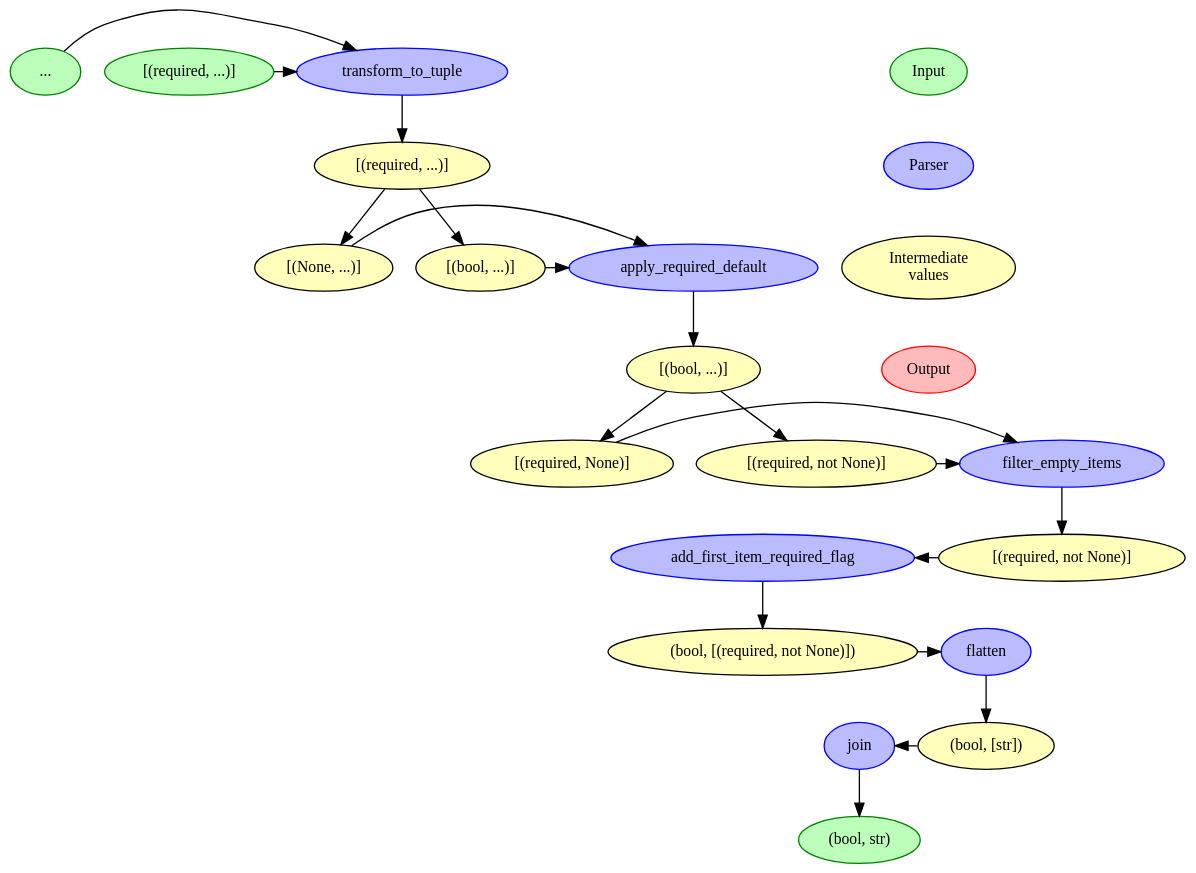
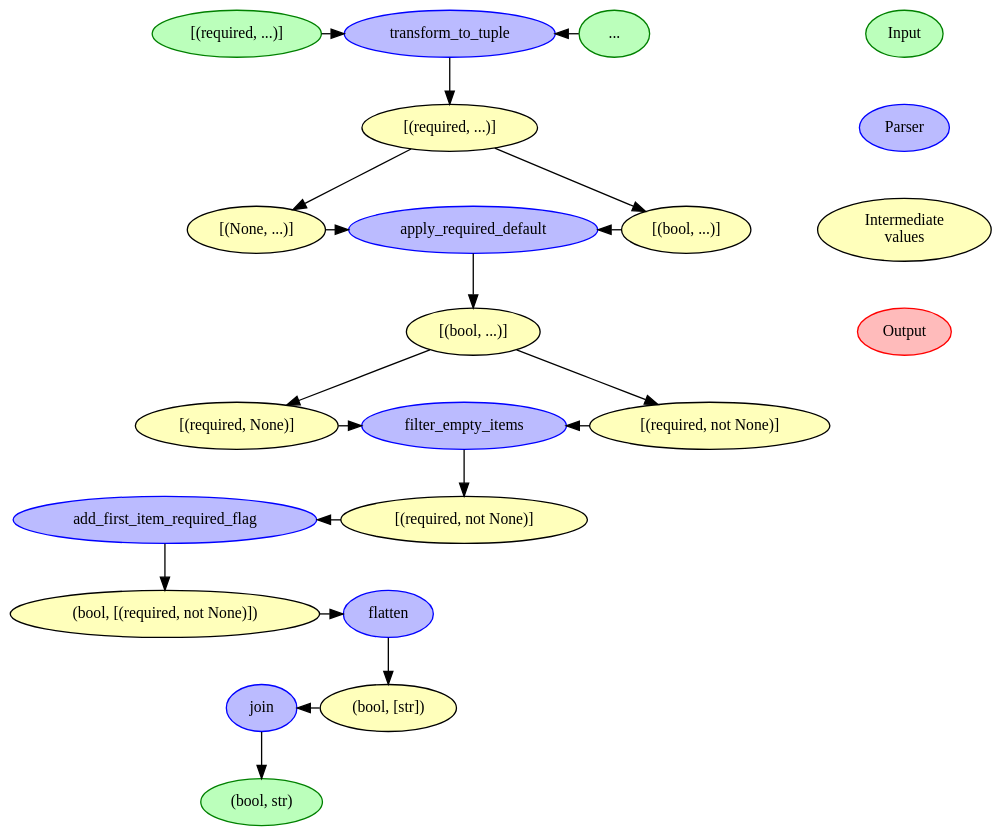
One commit to pstch/django-crucrudile changed the second of 2 diagrams in docs/urlutils.rst. Above: the diagram before and after it, drawn with Graphviz. The commit also changed other lines of this file, not shown here.

Commit message:
Fix RTD graphs

```diff
--- a/docs/urlutils.rst
+++ b/docs/urlutils.rst
@@ -167,7 +167,7 @@
        bgcolor="transparent"
        edge[fontsize=10, weight=1.2]
        node[fontsize=12, nodesep=0.75, ranksep=0.75]
-       subgraph t_t_t {
+       subgraph ttt {
            rank="same"
            rankdir="LR"
            "..."[style="filled", fillcolor="#BBFFBB", color="green"]
@@ -175,7 +175,7 @@
 
        }
 
-       subgraph a_r_d {
+       subgraph ard {
            rank="same"
            rankdir="LR"
            "[(None, ...)]"[style="filled", fillcolor="#FFFFBB"]
@@ -183,7 +183,7 @@
 
        }
 
-       subgraph f_e_i {
+       subgraph fei {
            rank="same"
            rankdir="LR"
            "[(required, None)]"[style="filled", fillcolor="#FFFFBB"]
@@ -191,7 +191,7 @@
            "[(required, not None)]"[style="filled", fillcolor="#FFFFBB"]
        }
 
-       subgraph a_firf {
+       subgraph afirf {
            rank="same"
            rankdir="LR"
            "add_first_item_required_flag"[style="filled", fillcolor="#BBBBFF", color="blue"]
@@ -213,35 +213,47 @@
        }
 
        "[(required, ...)]" -> "transform_to_tuple"
+
+       subgraph rev {
+          edge[dir="back"]
+          "transform_to_tuple" -> "..."
+       }
+
        "transform_to_tuple" -> "[(required, ...)] "
-       "..." -> "transform_to_tuple"
 
        "[(required, ...)] " -> "[(None, ...)]"
        "[(required, ...)] " -> "[(bool, ...)]"
 
        "[(None, ...)]" -> "apply_required_default"
+       subgraph rev {
+          edge[dir="back"]
+          "apply_required_default" -> "[(bool, ...)]"
+       }
        "apply_required_default" -> "[(bool, ...)] "
-       "[(bool, ...)]" -> "apply_required_default"
 
        "[(bool, ...)] " -> "[(required, None)]"
        "[(bool, ...)] " -> "[(required, not None)]"
 
        "[(required, None)]" -> "filter_empty_items"
+
+       subgraph rev {
+           edge[dir="back"]
+           "filter_empty_items" -> "[(required, not None)]"
+       }
+
        "filter_empty_items" -> "[(required, not None)] "
-       "[(required, not None)]" -> "filter_empty_items"
 
-       subgraph add_first_item_required_flag {
+
+       subgraph rev {
            edge[dir="back"]
            "add_first_item_required_flag" -> "[(required, not None)] "
        }
 
        "add_first_item_required_flag" -> "(bool, [(required, not None)])"
-
        "(bool, [(required, not None)])" -> "flatten"
-
        "flatten" -> "(bool, [str])"
 
-       subgraph join {
+       subgraph rev {
            edge[dir="back"]
            "join" -> "(bool, [str])"
        }
```
